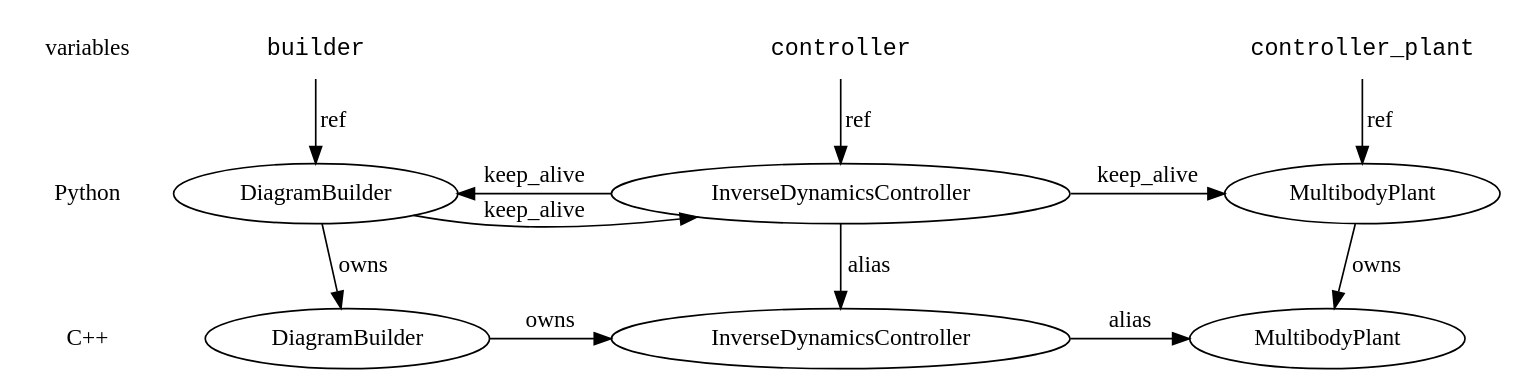
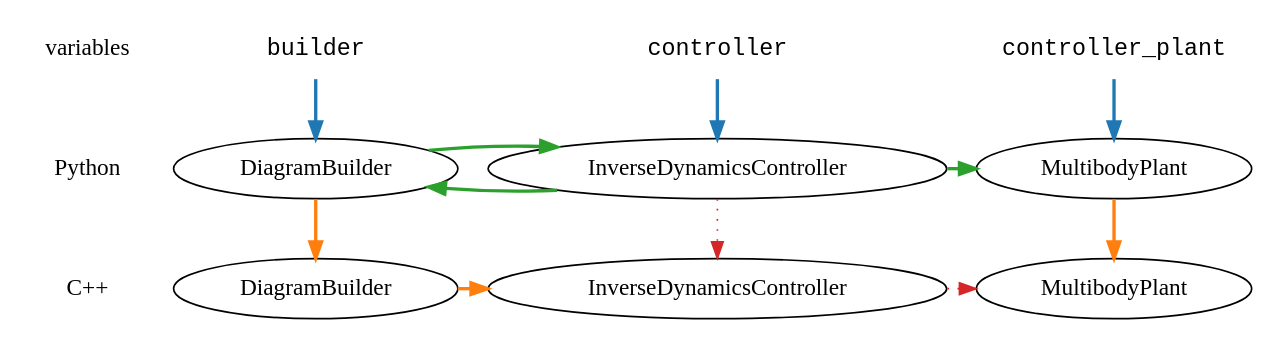
The diagram in dot/epoch1.0.dot (rpoyner-tri/drake), drawn with Graphviz before and after one commit. The commit also changed 7 other files, not shown here.

```diff
--- a/dot/epoch1.0.dot
+++ b/dot/epoch1.0.dot
@@ -1,38 +1,49 @@
 digraph G {
-
-{
- node [shape=plaintext];
- edge [style=invis];
- variables -> Python -> "C++";
+  {
+    node [shape=plaintext];
+    edge [style=invis];
+    variables -> Python -> "C++";
+  }
+  {
+    node [shape=plaintext, fontname="Courier"];
+    controller_plant; builder; controller;
+  }
+  
+  pymbp [label="MultibodyPlant"];
+  cmbp [label="MultibodyPlant"];
+  pydb [label="DiagramBuilder"];
+  cdb [label="DiagramBuilder"];
+  pyidc [label="InverseDynamicsController"];
+  cidc [label="InverseDynamicsController"];
+  
+  { rank = same; variables; builder; controller; controller_plant; }
+  { rank = same; Python; pymbp; pydb; pyidc; }
+  { rank = same; "C++"; cmbp; cdb; cidc; }
+  
+  {
+    edge [color="#1F77B4", style=bold];
+    controller_plant -> pymbp;
+    builder -> pydb;
+    controller -> pyidc;
+  }
+  
+  {
+    edge [color="#FF7F0E", style=bold];
+    pymbp -> cmbp;
+    pydb -> cdb;
+    cdb -> cidc;
+  }
+  
+  {
+    edge [color="#2CA02C", style=bold constraint=false];
+    pyidc -> pydb;
+    pydb -> pyidc;
+    pyidc -> pymbp;
+  }
+  
+  {
+    edge [color="#D62728", style=dotted];
+    pyidc -> cidc;
+    cidc -> cmbp;
+  }
 }
-{
- node [shape=plaintext, fontname="Courier"];
- controller_plant; builder; controller;
-}
-
-pymbp [label="MultibodyPlant"];
-cmbp [label="MultibodyPlant"];
-pydb [label="DiagramBuilder"];
-cdb [label="DiagramBuilder"];
-pyidc [label="InverseDynamicsController"];
-cidc [label="InverseDynamicsController"];
-
-{ rank = same; variables; builder; controller; controller_plant; }
-{ rank = same; Python; pymbp; pydb; pyidc; }
-{ rank = same; "C++"; cmbp; cdb; cidc; }
-
- controller_plant -> pymbp [label="ref"];
- pymbp -> cmbp [label="owns"];
-
- builder -> pydb [label="ref"];
- pydb -> cdb [label="owns"];
- cdb -> cidc [label="owns"];
-
- controller -> pyidc [label="ref"];
- pyidc -> cidc [label="alias"];
- pyidc -> pydb [label="keep_alive", constraint=false];
- pydb -> pyidc [label="keep_alive", constraint=false];
- pyidc -> pymbp [label="keep_alive"];
-
- cidc -> cmbp [label="alias"];
-}
```
